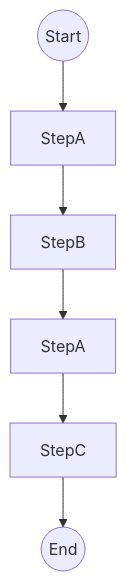
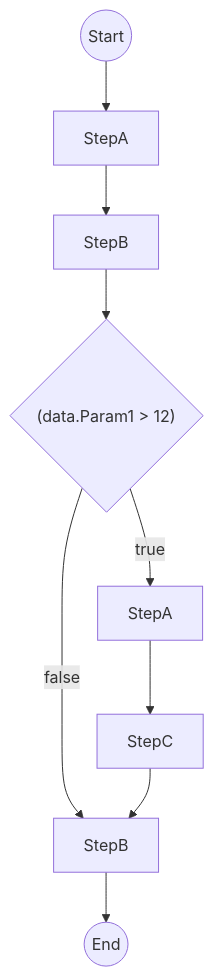
Before and after one commit to step-flow-platform/workflow-core-flowchart: the diagram in src/WorkflowCoreFlowchart.Tests/flowchart.md, drawn with Mermaid. The commit also changed 5 other files, not shown here.

````diff
--- a/src/WorkflowCoreFlowchart.Tests/flowchart.md
+++ b/src/WorkflowCoreFlowchart.Tests/flowchart.md
@@ -1,15 +1,20 @@
 ```mermaid
 flowchart TB
 startNode((Start))
 0[StepA]
 1[StepB]
-2[StepA]
-3[StepC]
-4((End))
+2{"(data.Param1 > 12)"}
+3[StepA]
+4[StepC]
+5[StepB]
+6((End))
 
 startNode --> 0
 0 --> 1
 1 --> 2
-2 --> 3
+2 -->|false| 5
+2 -->|true| 3
 3 --> 4
+4 --> 5
+5 --> 6
 ```
````
